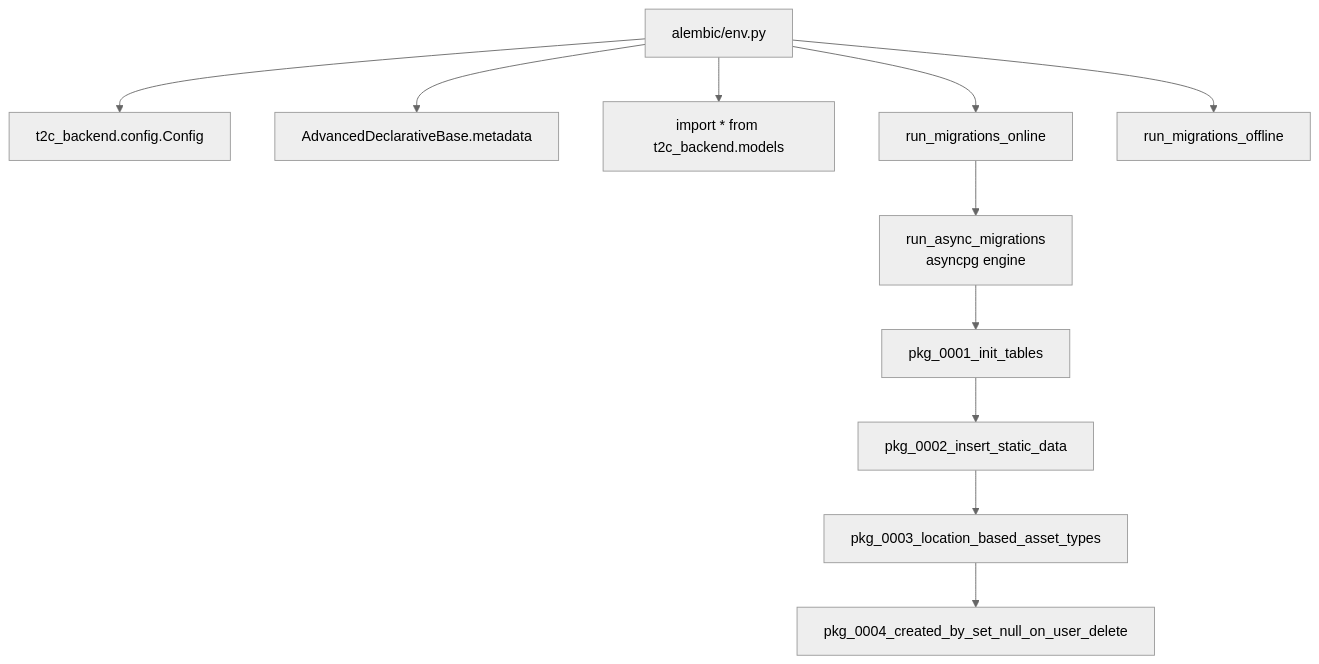
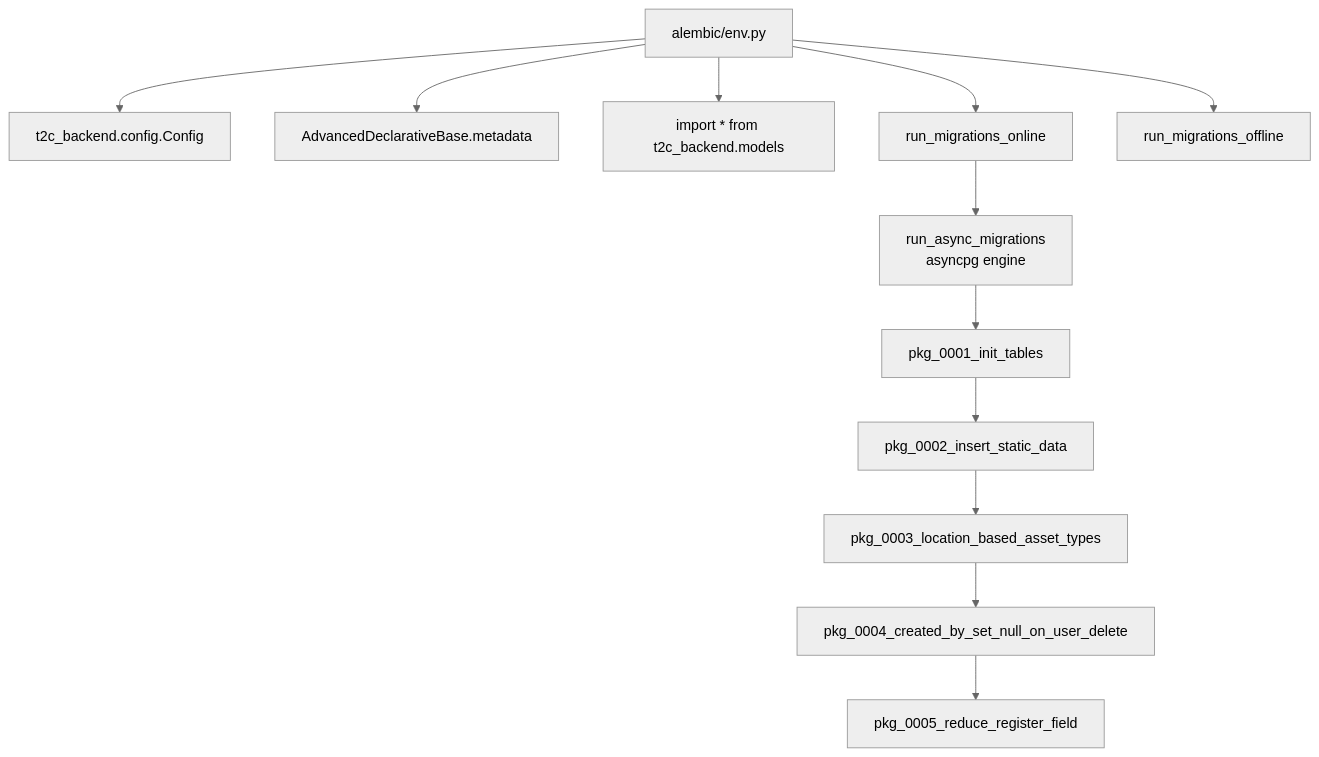
One commit to Tap2Cloud/backend-public changed the first of 2 diagrams in docs/wiki/database-migrations.md. Above: the diagram before and after it, drawn with Mermaid (neutral theme). The commit also changed other lines of this file and 7 other files, not shown here.

````diff
--- a/docs/wiki/database-migrations.md
+++ b/docs/wiki/database-migrations.md
@@ -9,13 +9,14 @@
 ```mermaid
 graph TD
   Env[alembic/env.py] --> Cfg[t2c_backend.config.Config]
   Env --> Meta[AdvancedDeclarativeBase.metadata]
   Env --> Models[import * from t2c_backend.models]
   Env --> Online[run_migrations_online]
   Env --> Offline[run_migrations_offline]
   Online --> Async[run_async_migrations<br/>asyncpg engine]
   Async --> V1[pkg_0001_init_tables]
   V1 --> V2[pkg_0002_insert_static_data]
   V2 --> V3[pkg_0003_location_based_asset_types]
   V3 --> V4[pkg_0004_created_by_set_null_on_user_delete]
+  V4 --> V5[pkg_0005_reduce_register_field]
 ```
````
